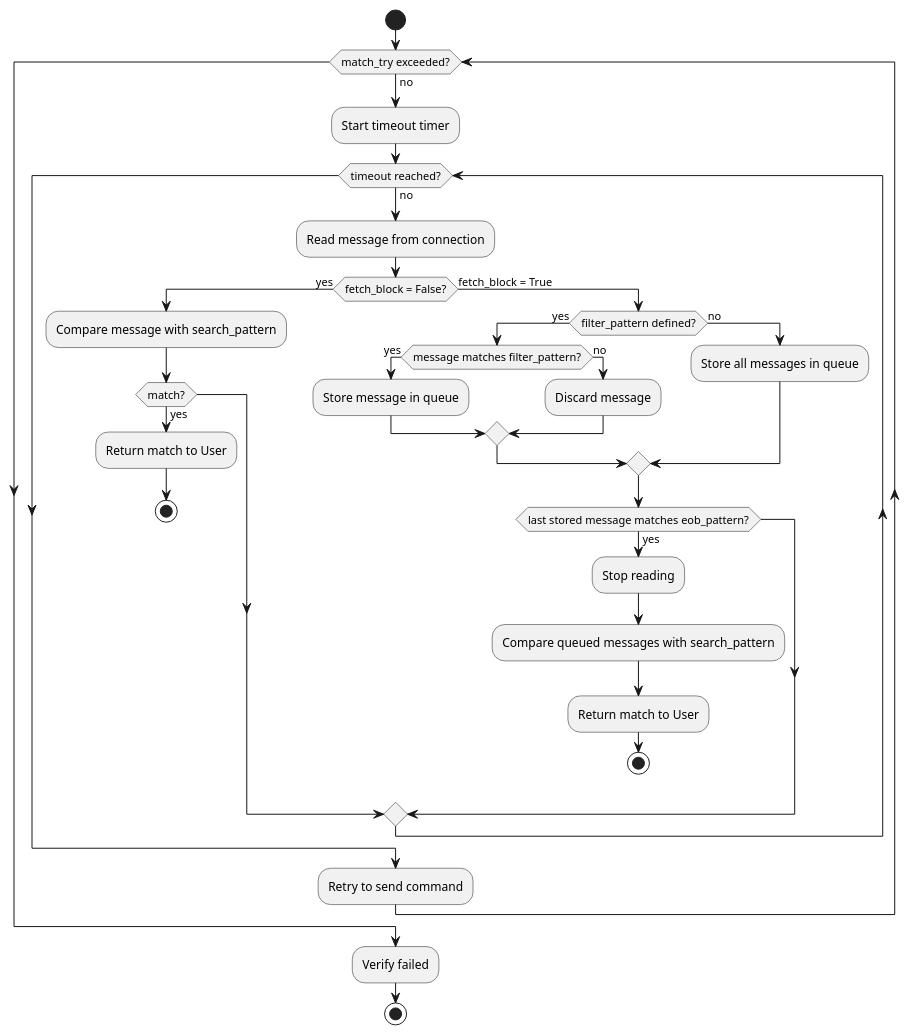
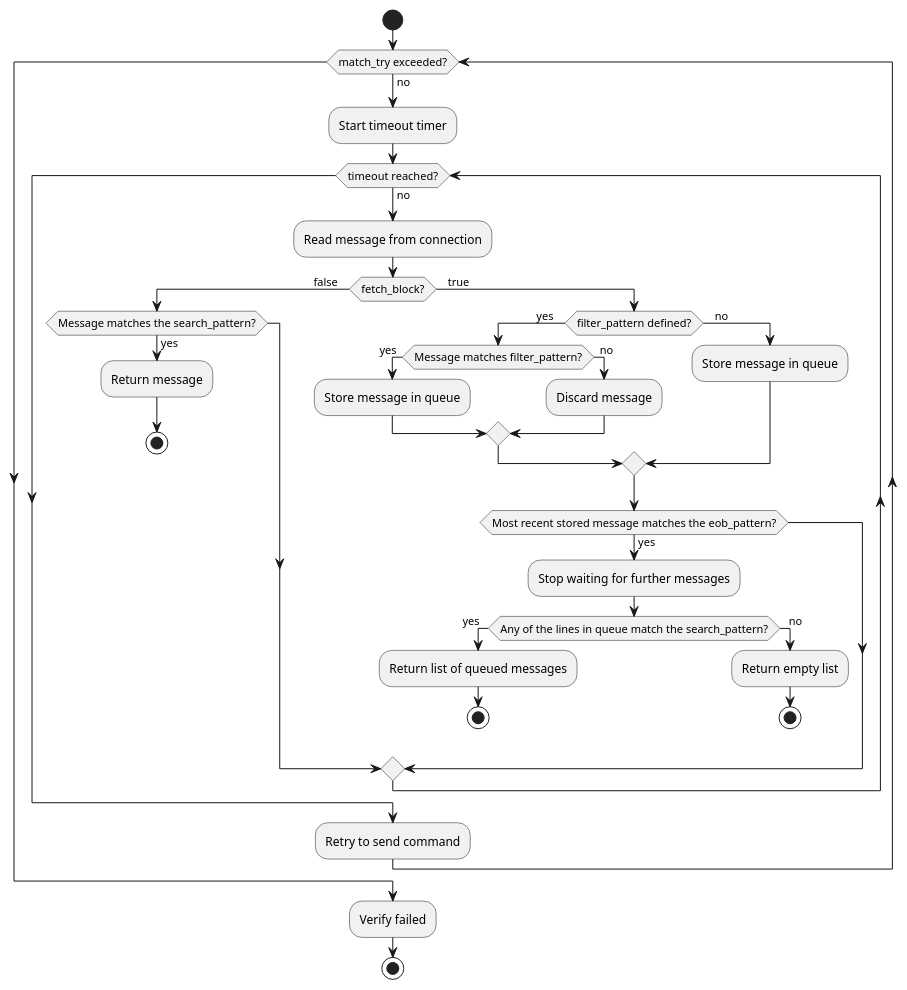
The diagram in packagedoc/additional_docs/uml/verify_activity.puml (test-fullautomation/robotframework-qconnect-base), drawn with PlantUML before and after one commit. The commit also changed 3 other files, not shown here.

```diff
--- a/packagedoc/additional_docs/uml/verify_activity.puml
+++ b/packagedoc/additional_docs/uml/verify_activity.puml
@@ -1,37 +1,40 @@
 @startuml
 |QConnectBase|
 start
 while (match_try exceeded?) is (no)
    :Start timeout timer;
    while (timeout reached?) is (no)
       :Read message from connection;
-      if (fetch_block = False?) then (yes)
-            :Compare message with search_pattern;
-            if (match?) then (yes)
-               :Return match to User;
+      if (fetch_block?) then (false    )
+            if (Message matches the search_pattern?) then (yes)
+               :Return message;
                stop
             endif
-      else (fetch_block = True)
-            if (filter_pattern defined?) then (yes)
-               if (message matches filter_pattern?) then (yes)
+      else (    true)
+            if (filter_pattern defined?) then (yes    )
+               if (Message matches filter_pattern?) then (yes  )
                   :Store message in queue;
-               else (no)
+               else (  no)
                   :Discard message;
                endif
-            else (no)
-               :Store all messages in queue;
+            else (    no)
+               :Store message in queue;
             endif
 
-            if (last stored message matches eob_pattern?) then (yes)
-               :Stop reading;
-               :Compare queued messages with search_pattern;
-               :Return match to User;
-               stop
+            if (Most recent stored message matches the eob_pattern?) then (yes)
+               :Stop waiting for further messages;
+               if (Any of the lines in queue match the search_pattern?) then (yes   )
+                  :Return list of queued messages;
+                  stop
+               else (   no)
+                  :Return empty list;
+                  stop
+               endif
             endif
       endif
    endwhile
    :Retry to send command;
 endwhile
 :Verify failed;
 stop
 @enduml
```
